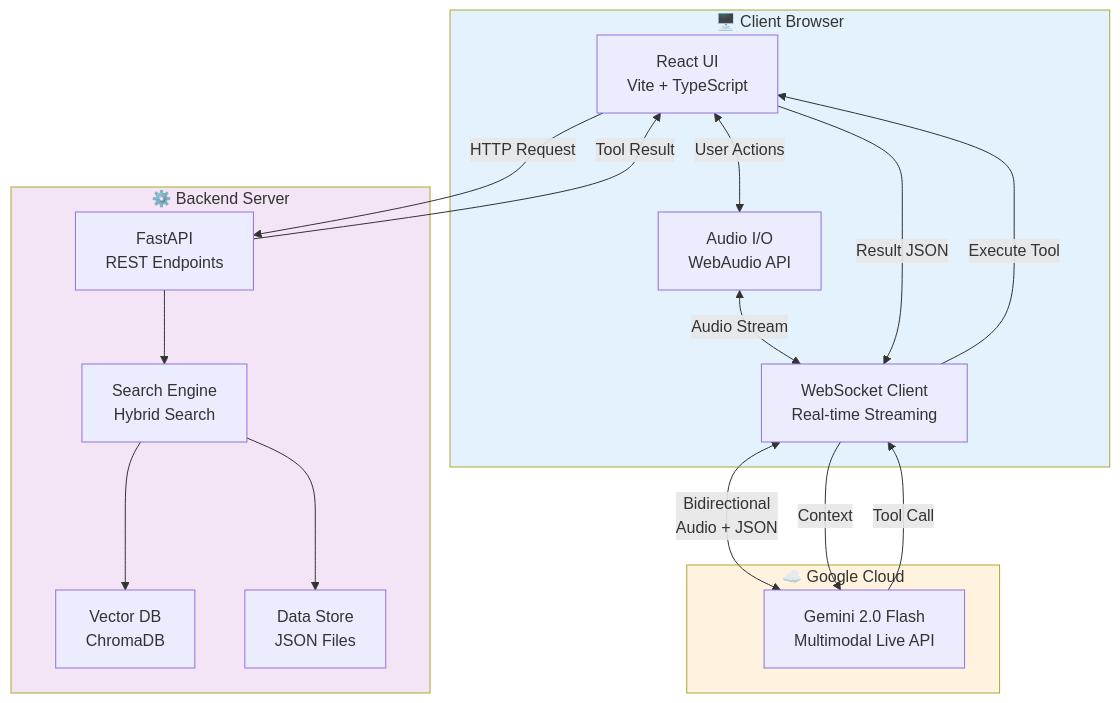
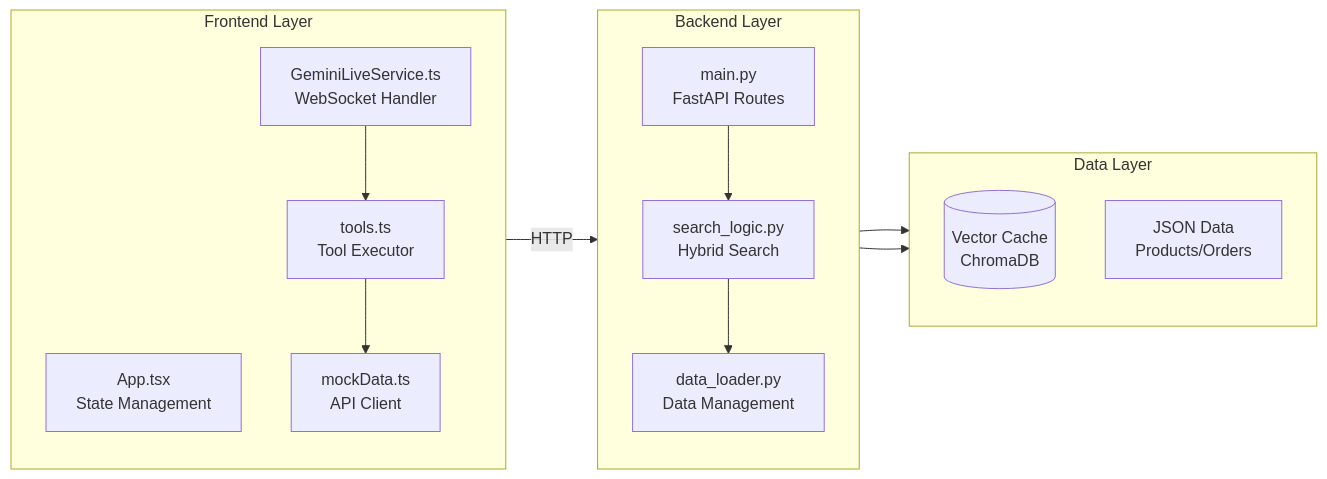
The first of 2 diagrams in README.md (oniondas/Voice-Agent-customercare), drawn with Mermaid before and after one commit. The commit also changed other lines of this file, not shown here.

Commit message:
Docs: Enhance README with diagrams, metrics, and comparisons

````diff
--- a/README.md
+++ b/README.md
@@ -13,39 +13,31 @@
 ```mermaid
-graph TB
-    subgraph Client["🖥️ Client Browser"]
-        UI[React UI<br/>Vite + TypeScript]
-        Audio[Audio I/O<br/>WebAudio API]
-        WS[WebSocket Client<br/>Real-time Streaming]
+graph LR
+    subgraph Frontend["Frontend Layer"]
+        direction TB
+        App[App.tsx<br/>State Management]
+        GLS[GeminiLiveService.ts<br/>WebSocket Handler]
+        Tools[tools.ts<br/>Tool Executor]
+        Mock[mockData.ts<br/>API Client]
     end
     
-    subgraph Cloud["☁️ Google Cloud"]
-        Gemini[Gemini 2.0 Flash<br/>Multimodal Live API]
+    subgraph Backend["Backend Layer"]
+        direction TB
+        Main[main.py<br/>FastAPI Routes]
+        DL[data_loader.py<br/>Data Management]
+        SL[search_logic.py<br/>Hybrid Search]
     end
     
-    subgraph Server["⚙️ Backend Server"]
-        API[FastAPI<br/>REST Endpoints]
-        Search[Search Engine<br/>Hybrid Search]
-        Vector[Vector DB<br/>ChromaDB]
-        Data[Data Store<br/>JSON Files]
+    subgraph Storage["Data Layer"]
+        direction TB
+        VecDB[(Vector Cache<br/>ChromaDB)]
+        JSON[JSON Data<br/>Products/Orders]
     end
     
-    UI <-->|User Actions| Audio
-    Audio <-->|Audio Stream| WS
-    WS <-->|Bidirectional<br/>Audio + JSON| Gemini
-    
-    Gemini -->|Tool Call| WS
-    WS -->|Execute Tool| UI
-    UI -->|HTTP Request| API
-    
-    API --> Search
-    Search --> Vector
-    Search --> Data
-    
-    API -->|Tool Result| UI
-    UI -->|Result JSON| WS
-    WS -->|Context| Gemini
-    
-    style Client fill:#e3f2fd
-    style Cloud fill:#fff3e0
-    style Server fill:#f3e5f5
+    GLS --> Tools
+    Tools --> Mock
+    Mock -->|HTTP| Main
+    Main --> SL
+    SL --> VecDB
+    SL --> DL
+    DL --> JSON
 ```
````
